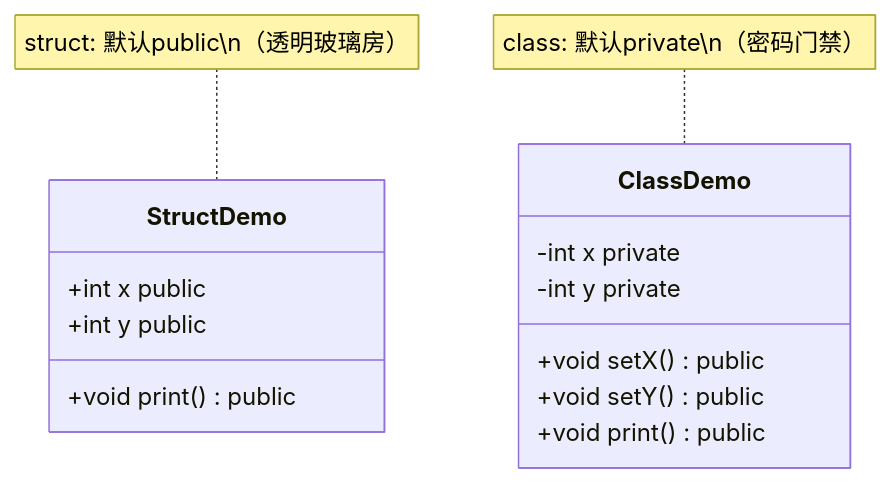
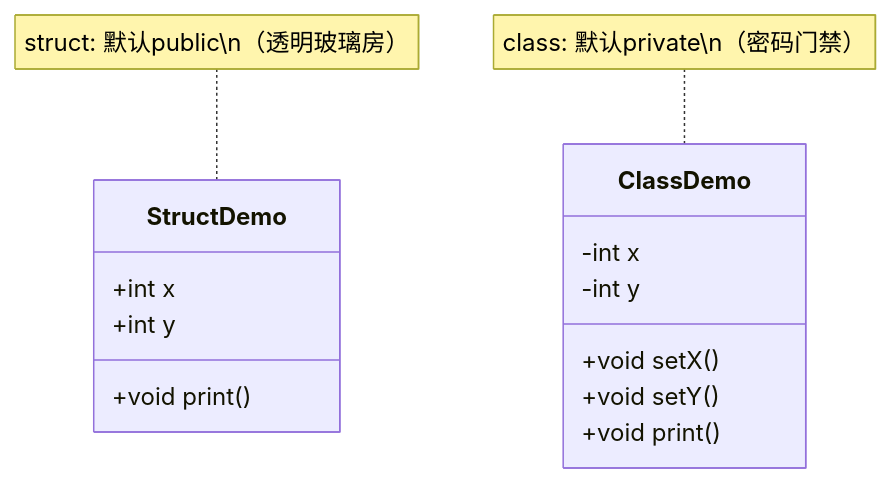
Before and after one commit to before80/prgms: the first of 4 diagrams in content/Cpp/basic/Chapter-15-Struct-vs-Class.md, drawn with Mermaid. The commit also changed other lines of this file and 34 other files, not shown here.

````diff
--- a/content/Cpp/basic/Chapter-15-Struct-vs-Class.md
+++ b/content/Cpp/basic/Chapter-15-Struct-vs-Class.md
@@ -76,19 +76,19 @@
 ```mermaid
 classDiagram
     class StructDemo {
-        +int x public
-        +int y public
-        +void print() public
+        +int x
+        +int y
+        +void print()
     }
     
     class ClassDemo {
-        -int x private
-        -int y private
-        +void setX() public
-        +void setY() public
-        +void print() public
+        -int x
+        -int y
+        +void setX()
+        +void setY()
+        +void print()
     }
     
     note for StructDemo "struct: 默认public\n（透明玻璃房）"
     note for ClassDemo "class: 默认private\n（密码门禁）"
 ```
````
